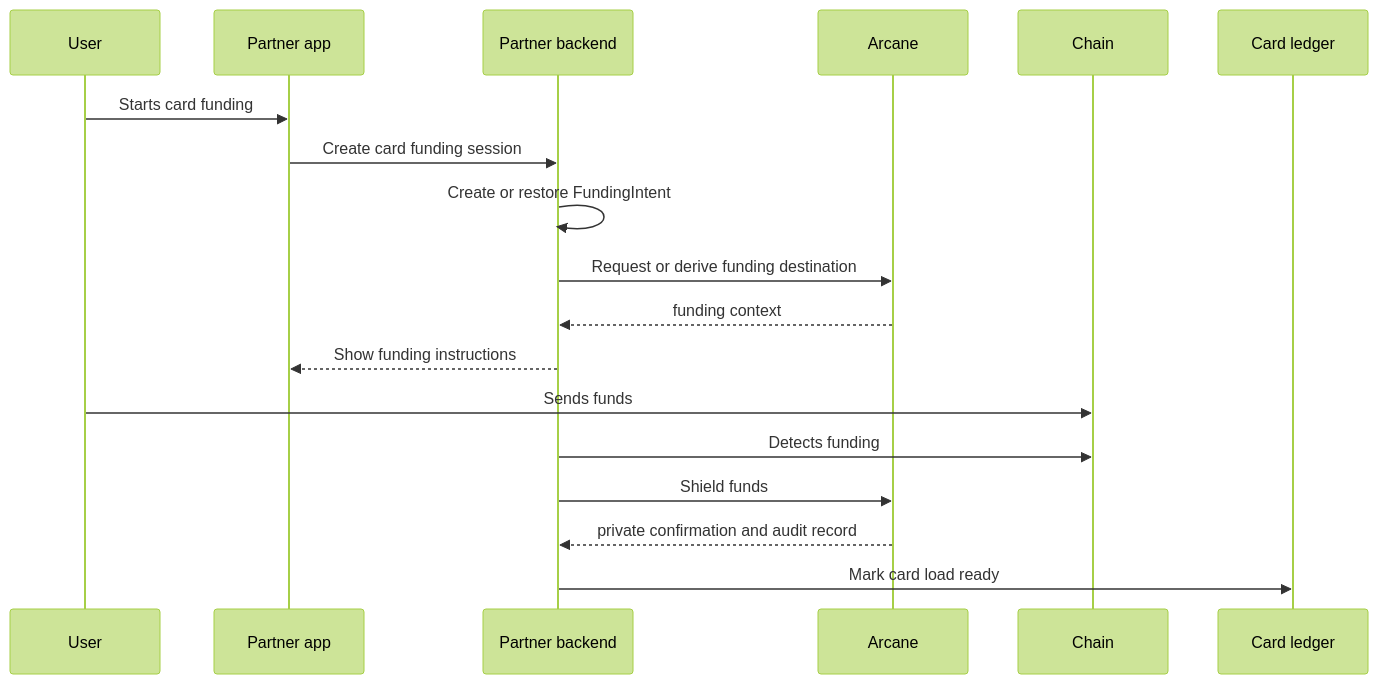
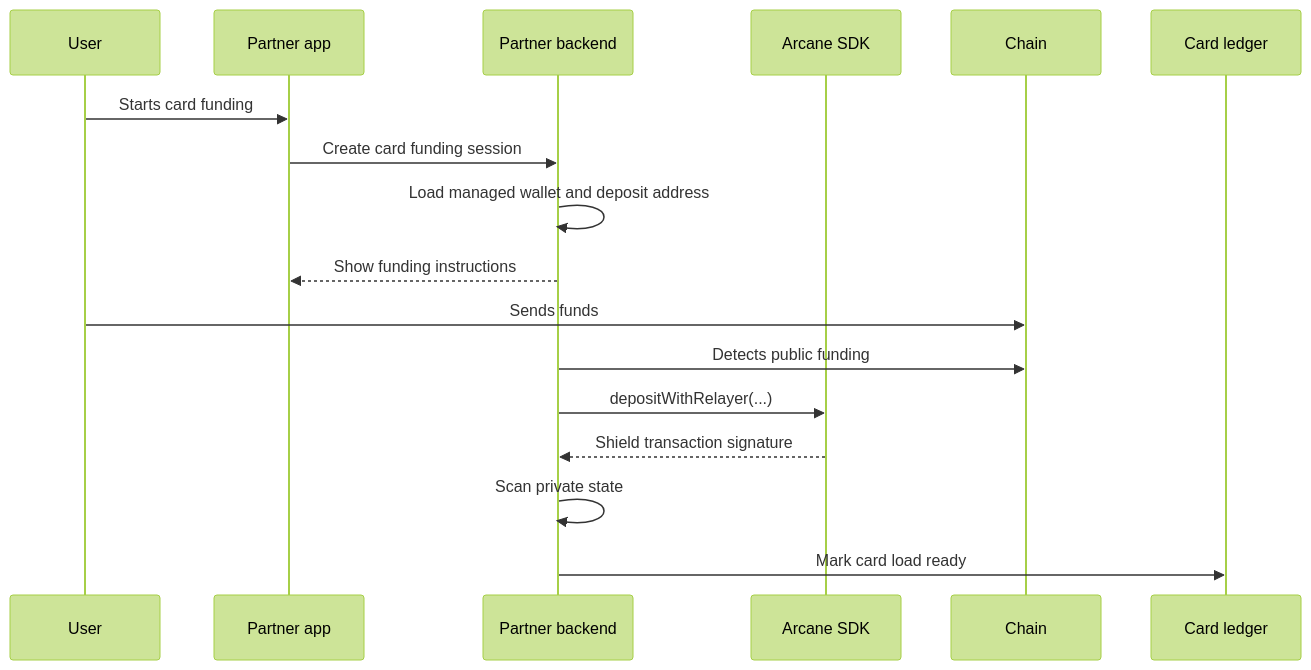
The diagram in integration-guides/private-card-funding.mdx (Polynom-Labs/docs), drawn with Mermaid (forest theme) before and after one commit. The commit also changed other lines of this file and 32 other files, not shown here.

````diff
--- a/integration-guides/private-card-funding.mdx
+++ b/integration-guides/private-card-funding.mdx
@@ -20,21 +20,20 @@
 ```mermaid
 sequenceDiagram
   participant User
   participant App as Partner app
   participant Backend as Partner backend
-  participant Arcane
+  participant SDK as Arcane SDK
   participant Chain
   participant Card as Card ledger
 
   User->>App: Starts card funding
   App->>Backend: Create card funding session
-  Backend->>Backend: Create or restore FundingIntent
-  Backend->>Arcane: Request or derive funding destination
-  Arcane-->>Backend: funding context
+  Backend->>Backend: Load managed wallet and deposit address
   Backend-->>App: Show funding instructions
   User->>Chain: Sends funds
-  Backend->>Chain: Detects funding
-  Backend->>Arcane: Shield funds
-  Arcane-->>Backend: private confirmation and audit record
+  Backend->>Chain: Detects public funding
+  Backend->>SDK: depositWithRelayer(...)
+  SDK-->>Backend: Shield transaction signature
+  Backend->>Backend: Scan private state
   Backend->>Card: Mark card load ready
 ```
````
